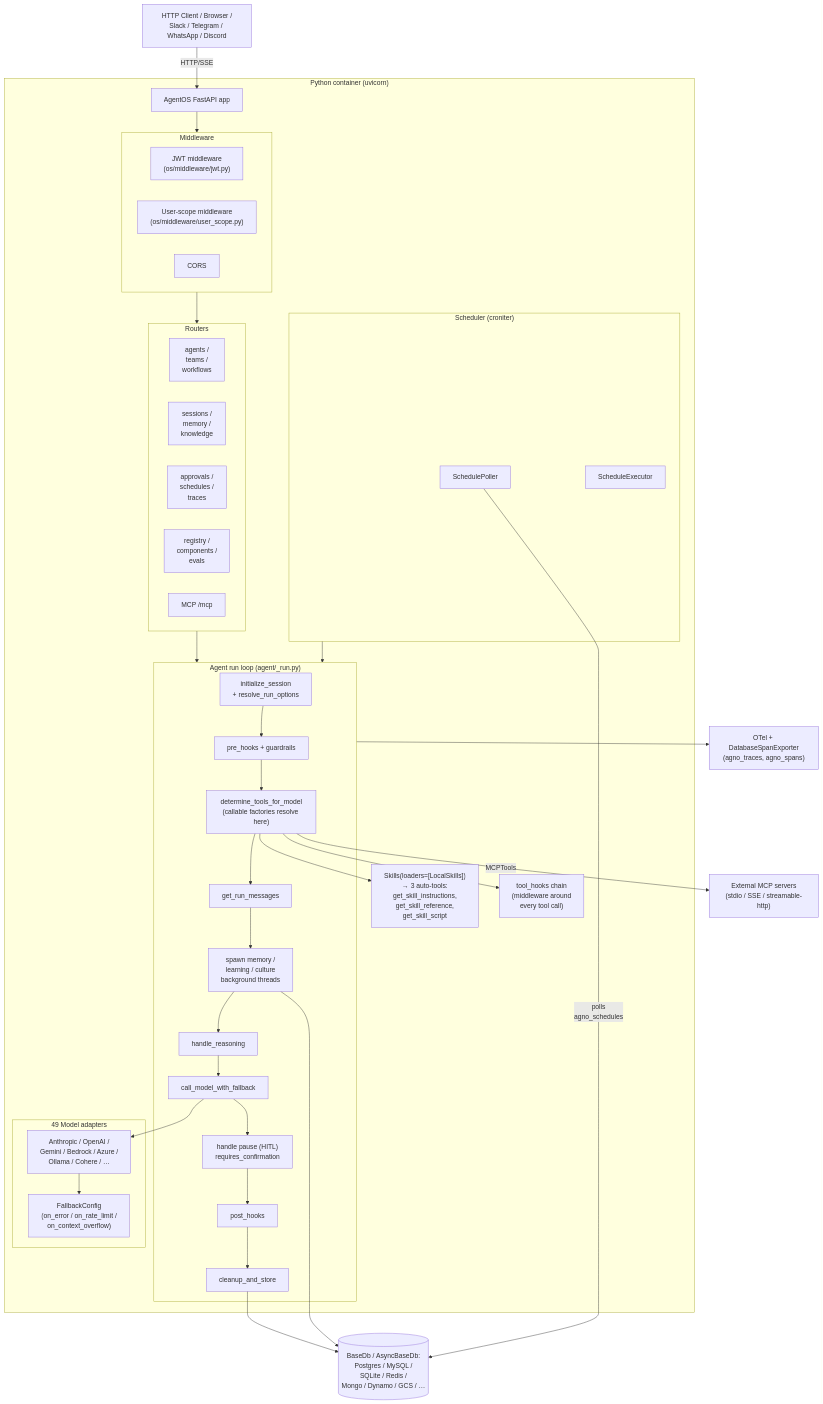
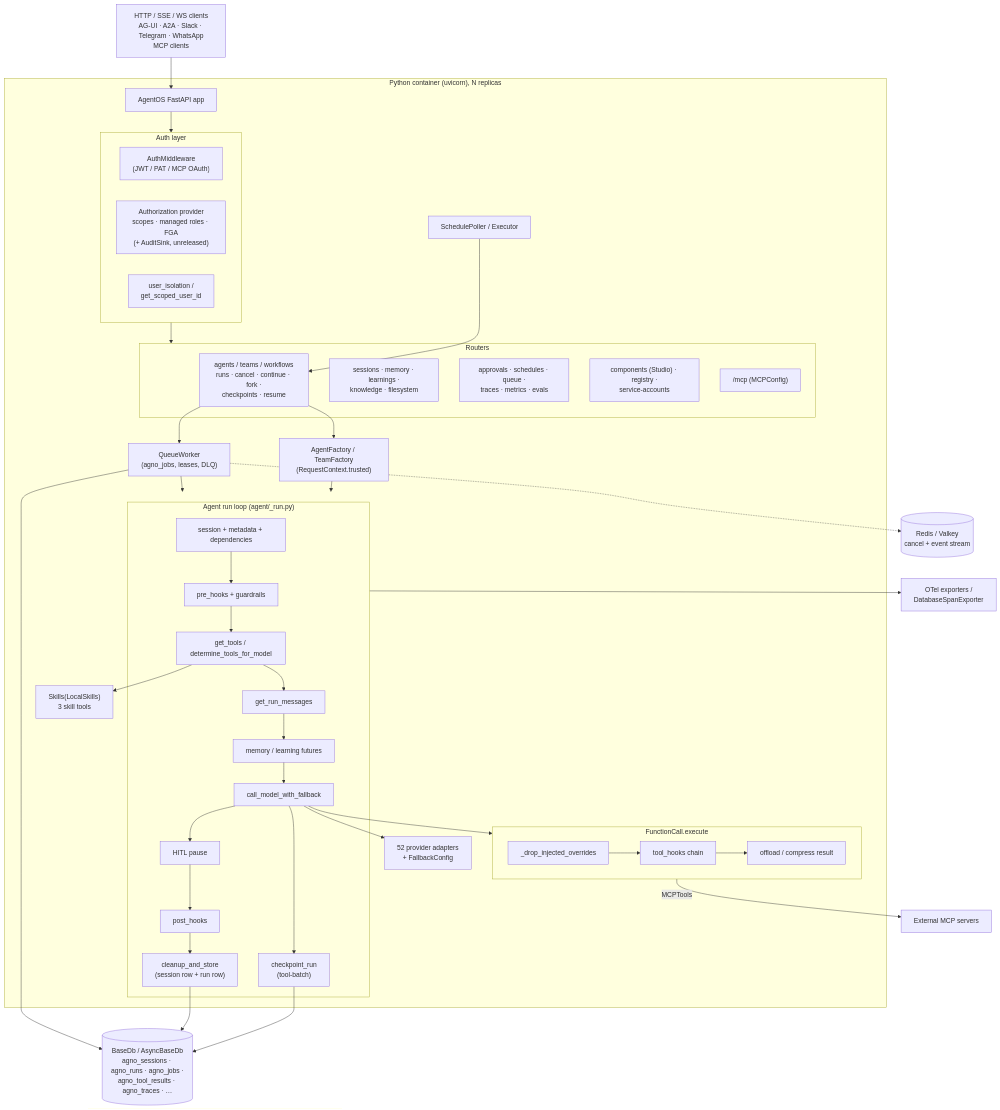
The second of 2 diagrams in docs/reports/agno.md (nmvalera/ai-framework-benchmark), drawn with Mermaid before and after one commit. The commit also changed other lines of this file and 18 other files, not shown here.

````diff
--- a/docs/reports/agno.md
+++ b/docs/reports/agno.md
@@ -1701,67 +1488,69 @@
 ```mermaid
 flowchart TB
-    Client["HTTP Client / Browser /<br/>Slack / Telegram / WhatsApp / Discord"]
+    Client["HTTP / SSE / WS clients<br/>AG-UI · A2A · Slack · Telegram · WhatsApp<br/>MCP clients"]
 
-    subgraph Container["Python container (uvicorn)"]
+    subgraph Container["Python container (uvicorn), N replicas"]
         FastAPI["AgentOS FastAPI app"]
 
-        subgraph Middleware["Middleware"]
-            JWT["JWT middleware<br/>(os/middleware/jwt.py)"]
-            Scope["User-scope middleware<br/>(os/middleware/user_scope.py)"]
-            CORS["CORS"]
+        subgraph Auth["Auth layer"]
+            AM["AuthMiddleware<br/>(JWT / PAT / MCP OAuth)"]
+            AZ["Authorization provider<br/>scopes · managed roles · FGA<br/>(+ AuditSink, unreleased)"]
+            UI["user_isolation /<br/>get_scoped_user_id"]
         end
 
         subgraph Routers["Routers"]
-            R1["agents /<br/>teams /<br/>workflows"]
-            R2["sessions /<br/>memory /<br/>knowledge"]
-            R3["approvals /<br/>schedules /<br/>traces"]
-            R4["registry /<br/>components /<br/>evals"]
-            R5["MCP /mcp"]
+            R1["agents / teams / workflows<br/>runs · cancel · continue · fork ·<br/>checkpoints · resume"]
+            R2["sessions · memory · learnings ·<br/>knowledge · filesystem"]
+            R3["approvals · schedules · queue ·<br/>traces · metrics · evals"]
+            R4["components (Studio) · registry ·<br/>service-accounts"]
+            R5["/mcp (MCPConfig)"]
         end
 
+        Factory["AgentFactory / TeamFactory<br/>(RequestContext.trusted)"]
+        Queue["QueueWorker<br/>(agno_jobs, leases, DLQ)"]
+
         subgraph RunLoop["Agent run loop (agent/_run.py)"]
-            Init["initialize_session<br/>+ resolve_run_options"]
+            Init["session + metadata + dependencies"]
             Pre["pre_hooks + guardrails"]
-            Tools["determine_tools_for_model<br/>(callable factories resolve here)"]
+            Tools["get_tools / determine_tools_for_model"]
             Build["get_run_messages"]
-            BG["spawn memory /<br/>learning / culture<br/>background threads"]
-            Reasoning["handle_reasoning"]
+            BG["memory / learning futures"]
             Model["call_model_with_fallback"]
-            Pause["handle pause (HITL)<br/>requires_confirmation"]
+            CP["checkpoint_run<br/>(tool-batch)"]
+            Pause["HITL pause"]
             Post["post_hooks"]
-            Store["cleanup_and_store"]
+            Store["cleanup_and_store<br/>(session row + run row)"]
         end
 
-        subgraph Scheduler["Scheduler (croniter)"]
-            Poller["SchedulePoller"]
-            Exec["ScheduleExecutor"]
+        subgraph ToolExec["FunctionCall.execute"]
+            Drop["_drop_injected_overrides"]
+            TH["tool_hooks chain"]
+            Off["offload / compress result"]
         end
 
-        subgraph Models["49 Model adapters"]
-            ModelAdapter["Anthropic / OpenAI /<br/>Gemini / Bedrock / Azure /<br/>Ollama / Cohere / …"]
-            Fallback["FallbackConfig<br/>(on_error / on_rate_limit /<br/>on_context_overflow)"]
-        end
-
-        Skills["Skills(loaders=[LocalSkills])<br/>→ 3 auto-tools:<br/>get_skill_instructions,<br/>get_skill_reference,<br/>get_skill_script"]
-        ToolHooks["tool_hooks chain<br/>(middleware around<br/>every tool call)"]
+        Skills["Skills(LocalSkills)<br/>3 skill tools"]
+        Models["52 provider adapters<br/>+ FallbackConfig"]
+        Sched["SchedulePoller / Executor"]
     end
 
-    DB[(BaseDb / AsyncBaseDb:<br/>Postgres / MySQL /<br/>SQLite / Redis /<br/>Mongo / Dynamo / GCS / …)]
-    OTel["OTel + DatabaseSpanExporter<br/>(agno_traces, agno_spans)"]
-    Mcps["External MCP servers<br/>(stdio / SSE / streamable-http)"]
+    DB[(BaseDb / AsyncBaseDb<br/>agno_sessions · agno_runs · agno_jobs ·<br/>agno_tool_results · agno_traces · …)]
+    Redis[(Redis / Valkey<br/>cancel + event stream)]
+    OTel["OTel exporters /<br/>DatabaseSpanExporter"]
+    Mcps["External MCP servers"]
 
-    Client -->|HTTP/SSE| FastAPI
-    FastAPI --> Middleware --> Routers
-    Routers --> RunLoop
-    Init --> Pre --> Tools --> Build --> BG --> Reasoning --> Model --> Pause --> Post --> Store
-    Model --> ModelAdapter
-    ModelAdapter --> Fallback
+    Client --> FastAPI --> Auth --> Routers
+    R1 --> Factory --> RunLoop
+    R1 --> Queue --> RunLoop
+    Sched --> R1
+    Init --> Pre --> Tools --> Build --> BG --> Model --> Pause --> Post --> Store
+    Model --> CP --> DB
+    Model --> Models
+    Model --> ToolExec
+    Drop --> TH --> Off
     Tools --> Skills
-    Tools --> ToolHooks
     Store --> DB
-    BG --> DB
-    Scheduler --> RunLoop
-    Poller -->|polls<br/>agno_schedules| DB
+    Queue --> DB
+    Queue -.-> Redis
     RunLoop --> OTel
-    Tools -->|MCPTools| Mcps
+    ToolExec -->|MCPTools| Mcps
 ```
````
